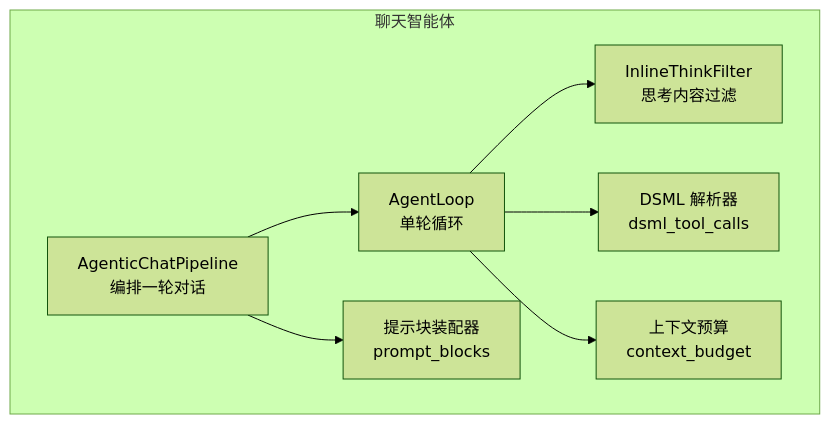
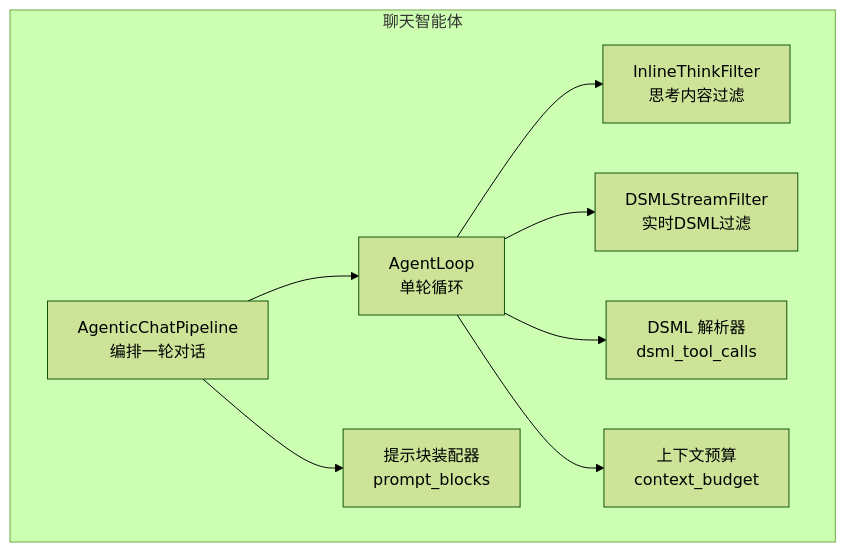
One commit to gongzili456/DeepTutor changed the first of 9 diagrams in .qoder/repowiki/zh/content/智能体系统/聊天智能体.md. Above: the diagram before and after it, drawn with Mermaid (forest theme). The commit also changed other lines of this file and 821 other files, not shown here.

````diff
--- a/.qoder/repowiki/zh/content/智能体系统/聊天智能体.md
+++ b/.qoder/repowiki/zh/content/智能体系统/聊天智能体.md
@@ -43,16 +53,18 @@
 ```mermaid
 graph TB
 subgraph "聊天智能体"
 A["AgenticChatPipeline<br/>编排一轮对话"]
 B["AgentLoop<br/>单轮循环"]
 C["InlineThinkFilter<br/>思考内容过滤"]
-D["DSML 解析器<br/>dsml_tool_calls"]
-E["上下文预算<br/>context_budget"]
-F["提示块装配器<br/>prompt_blocks"]
+D["DSMLStreamFilter<br/>实时DSML过滤"]
+E["DSML 解析器<br/>dsml_tool_calls"]
+F["上下文预算<br/>context_budget"]
+G["提示块装配器<br/>prompt_blocks"]
 end
 A --> B
 B --> C
 B --> D
 B --> E
-A --> F
+B --> F
+A --> G
 ```
````
